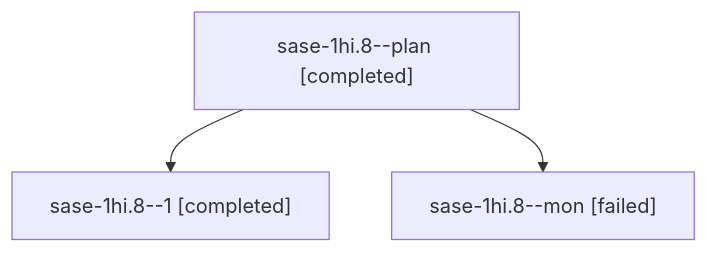
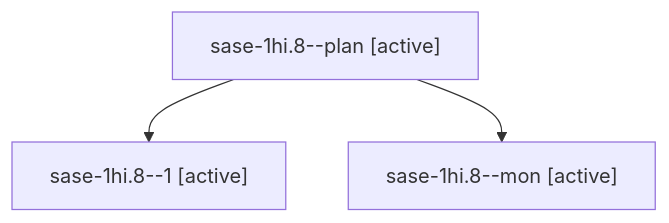
Before and after one commit to sase-org/sase--agents: the diagram in sessions/bbugyi200.apollo.sase-1hi.8.md, drawn with Mermaid. The commit also changed other lines of this file and 330 other files, not shown here.

````diff
--- a/sessions/bbugyi200.apollo.sase-1hi.8.md
+++ b/sessions/bbugyi200.apollo.sase-1hi.8.md
@@ -9,8 +9,8 @@
 ```mermaid
 flowchart TD
-  n0["sase-1hi.8--plan [completed]"]
-  n1["sase-1hi.8--1 [completed]"]
+  n0["sase-1hi.8--plan [active]"]
+  n1["sase-1hi.8--1 [active]"]
   n0 --> n1
-  n2["sase-1hi.8--mon [failed]"]
+  n2["sase-1hi.8--mon [active]"]
   n0 --> n2
 ```
````
